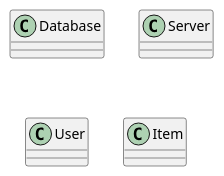
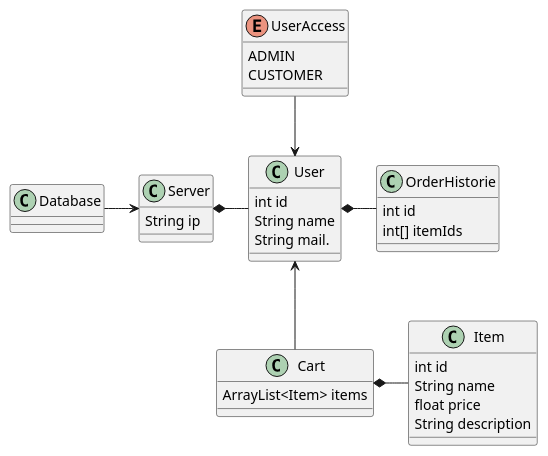
The diagram in DomæneModel.puml (Mfknudsen/Cupcake), drawn with PlantUML before and after one commit.

Commit message:
DomæneModel v1

```diff
--- a/DomæneModel.puml
+++ b/DomæneModel.puml
@@ -1,9 +1,40 @@
 @startuml
 'https://plantuml.com/class-diagram
 
-class Database
-class Server
-class User
-class Item
+class Database{
+}
+class Server{
+    String ip
+}
+class User{
+    int id
+    String name
+    String mail.
+}
+class Cart{
+    ArrayList<Item> items
+}
+class Item{
+    int id
+    String name
+    float price
+    String description
+}
+class OrderHistorie{
+    int id
+    int[] itemIds
+}
 
+enum UserAccess {
+    ADMIN
+    CUSTOMER
+}
+
+Database -> Server
+Server *- User
+User <-- Cart
+Cart *- Item
+User *- OrderHistorie
+
+UserAccess --> User
 @enduml
```
